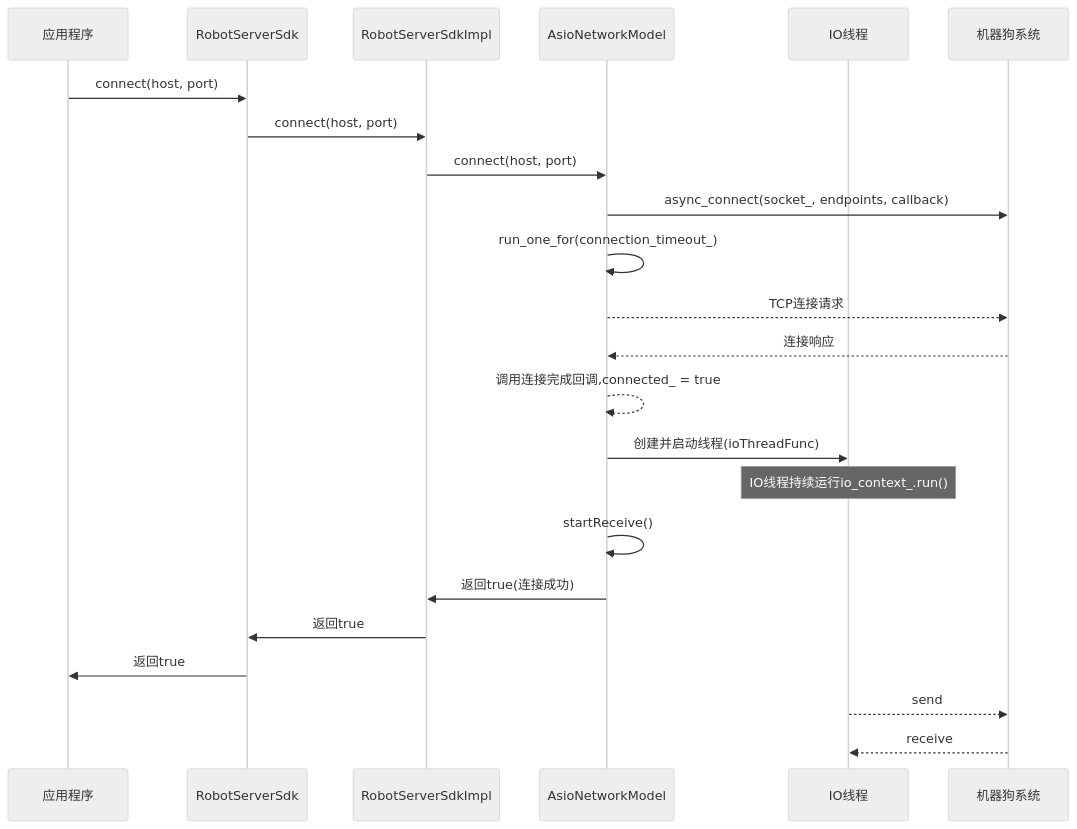
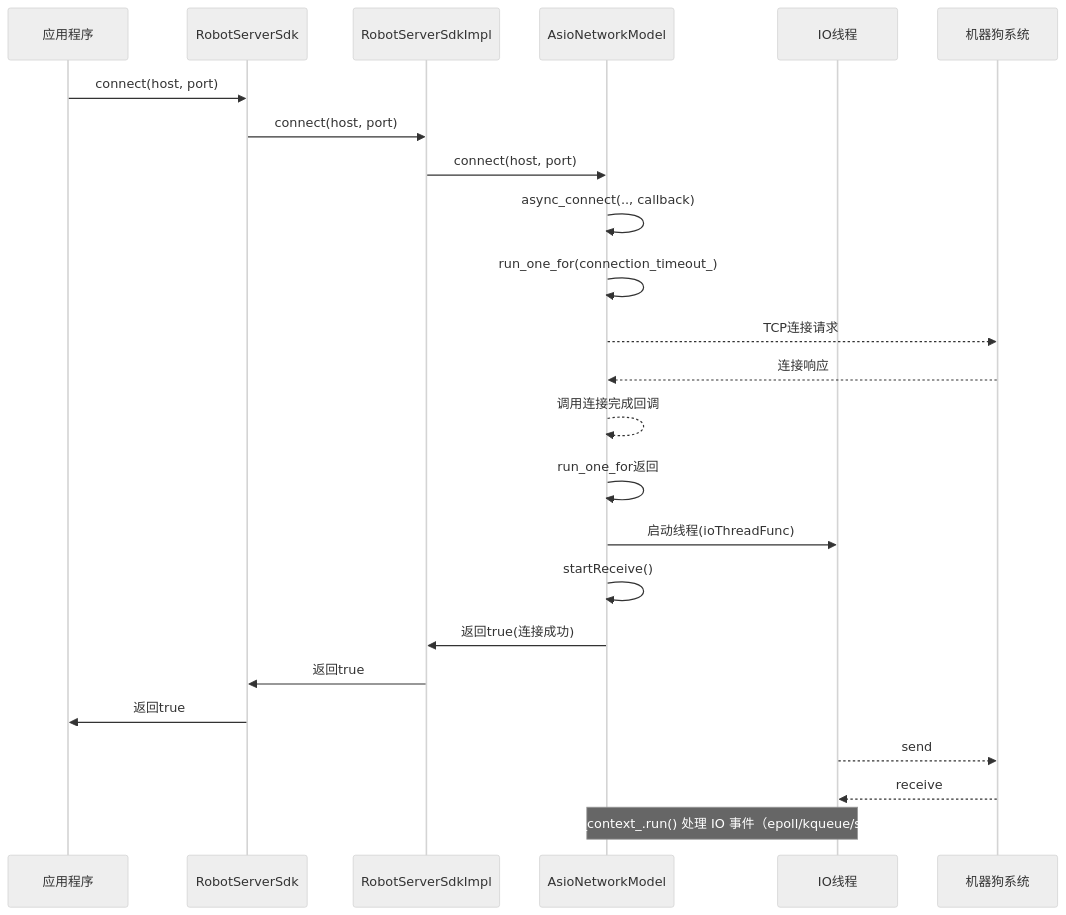
Before and after one commit to tailu123/x30-nav-sdk: the second of 4 diagrams in docs/zh-CN/architecture.zh-CN.md, drawn with Mermaid (neutral theme). The commit also changed other lines of this file and 4 other files, not shown here.

````diff
--- a/docs/zh-CN/architecture.zh-CN.md
+++ b/docs/zh-CN/architecture.zh-CN.md
@@ -195,40 +169,42 @@
 ```mermaid
 sequenceDiagram
     participant App as 应用程序
     participant SDK as RobotServerSdk
     participant Impl as RobotServerSdkImpl
     participant Net as AsioNetworkModel
     participant IOThread as IO线程
     participant Dog as 机器狗系统
 
     %% Connection Flow
     App->>SDK: connect(host, port)
     SDK->>Impl: connect(host, port)
     Impl->>Net: connect(host, port)
 
     %% 异步连接请求
-    Net->>Dog: async_connect(socket_, endpoints, callback)
+    Net->>Net: async_connect(.., callback)
 
     %% 主线程等待连接完成或超时
     Net->>Net: run_one_for(connection_timeout_)
 
     Net-->>Dog: TCP连接请求
     Dog-->>Net: 连接响应
-    Net-->>Net: 调用连接完成回调,connected_ = true
+    Net-->>Net: 调用连接完成回调
 
     %% 启动专用IO线程
-    Net->>IOThread: 创建并启动线程(ioThreadFunc)
-    Note over IOThread,IOThread: IO线程持续运行io_context_.run()
+    Net->>Net: run_one_for返回
+    Net->>IOThread: 启动线程(ioThreadFunc)
 
     %% 启动第一次接收
     Net->>Net: startReceive()
 
     %% 返回连接结果
     Net->>Impl: 返回true(连接成功)
     Impl->>SDK: 返回true
     SDK->>App: 返回true
 
     %% 后续的异步操作
     IOThread-->>Dog: send
     Dog-->>IOThread: receive
+
+Note over Net, IOThread: 基于 io_context_.run() 处理 IO 事件（epoll/kqueue/select）
 ```
````
